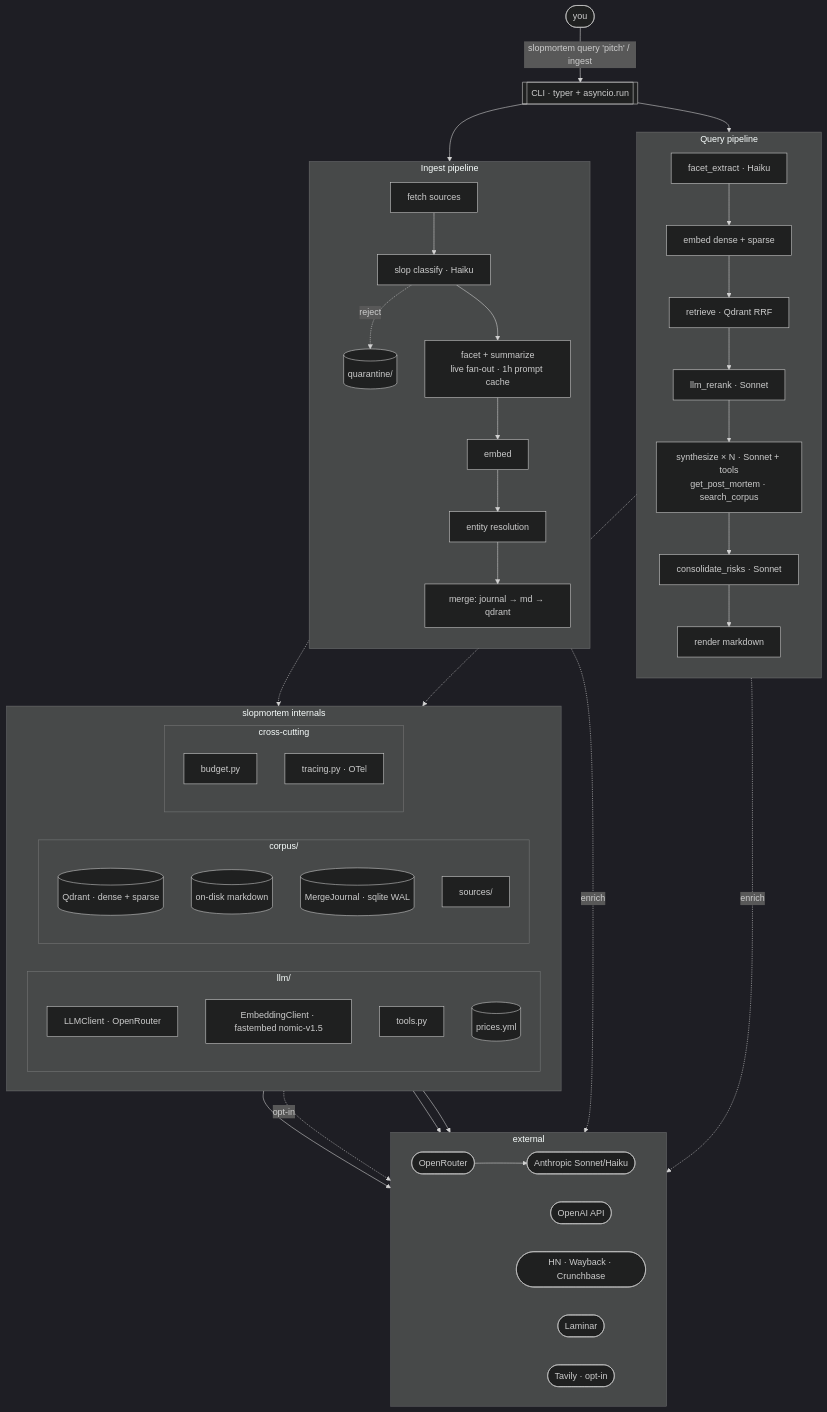
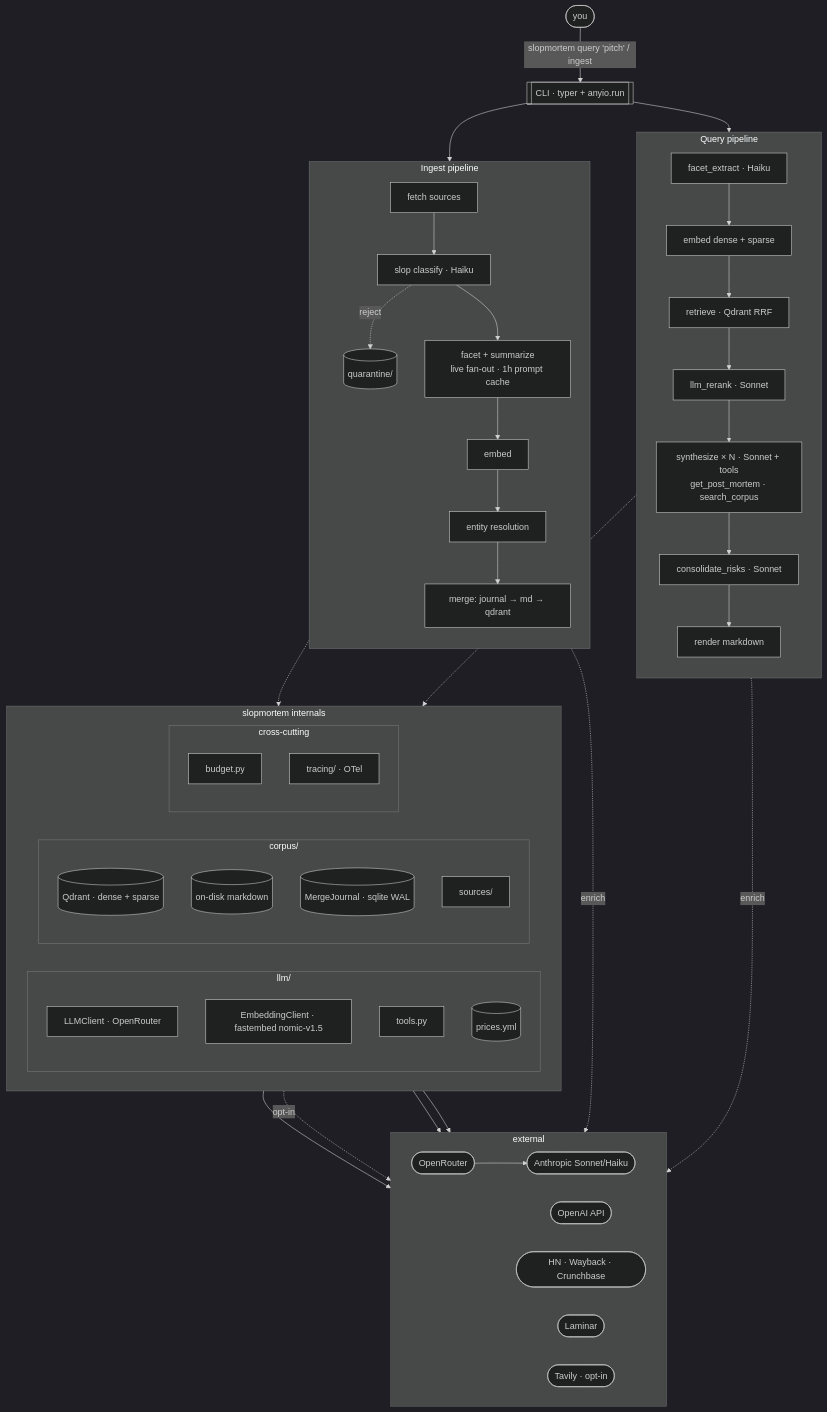
Before and after one commit to vaporif/slopmortem: the diagram in docs/architecture.md, drawn with Mermaid (dark theme). The commit also changed other lines of this file and 55 other files, not shown here.

````diff
--- a/docs/architecture.md
+++ b/docs/architecture.md
@@ -3,68 +3,68 @@
 ```mermaid
 flowchart TD
-    User([you]) -->|"slopmortem query 'pitch' / ingest"| CLI[["CLI · typer + asyncio.run"]]
+    User([you]) -->|"slopmortem query 'pitch' / ingest"| CLI[["CLI · typer + anyio.run"]]
     CLI --> Q1
     CLI --> I1
 
     subgraph Q["Query pipeline"]
         direction TB
         Q1[facet_extract · Haiku] --> Q2[embed dense + sparse]
         Q2 --> Q3[retrieve · Qdrant RRF]
         Q3 --> Q4[llm_rerank · Sonnet]
         Q4 --> Q5["synthesize × N · Sonnet + tools<br/>get_post_mortem · search_corpus"]
         Q5 --> Q6[consolidate_risks · Sonnet]
         Q6 --> Q7[render markdown]
     end
 
     subgraph I["Ingest pipeline"]
         direction TB
         I1[fetch sources] --> I_slop[slop classify · Haiku]
         I_slop -.->|reject| IQ[(quarantine/)]
         I_slop --> I2["facet + summarize<br/>live fan-out · 1h prompt cache"]
         I2 --> I3[embed]
         I3 --> I4[entity resolution]
         I4 --> I5["merge: journal → md → qdrant"]
     end
 
     Q -.-> Internals
     I -.-> Internals
 
     subgraph Internals["slopmortem internals"]
         direction LR
         subgraph llm["llm/"]
             direction TB
             LLMC[LLMClient · OpenRouter]
             Embed[EmbeddingClient · fastembed nomic-v1.5]
             Tools[tools.py]
             Prices[(prices.yml)]
         end
         subgraph corpus["corpus/"]
             direction TB
             Qdrant[(Qdrant · dense + sparse)]
             MD[(on-disk markdown)]
             Journal[(MergeJournal · sqlite WAL)]
             Sources[sources/]
         end
         subgraph cross["cross-cutting"]
             direction TB
             Budget[budget.py]
-            Trace[tracing.py · OTel]
+            Trace[tracing/ · OTel]
         end
     end
 
     LLMC --> OR
     Embed -.->|"opt-in"| OAI
     Sources --> Web
     Trace --> LMNR
     Q5 -.->|enrich| TV
     I2 -.->|enrich| TV
 
     subgraph Ext["external"]
         direction LR
         OR([OpenRouter]) --> ANT([Anthropic Sonnet/Haiku])
         OAI([OpenAI API])
         Web([HN · Wayback · Crunchbase])
         TV([Tavily · opt-in])
         LMNR([Laminar])
     end
 ```
````
